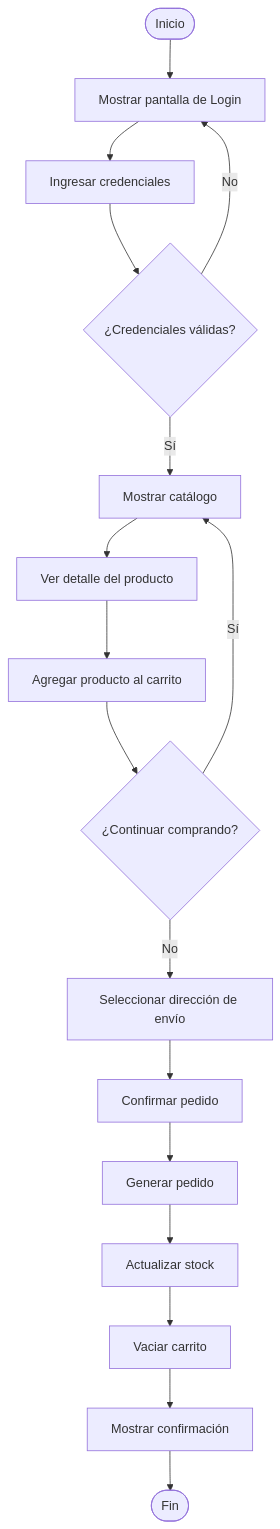
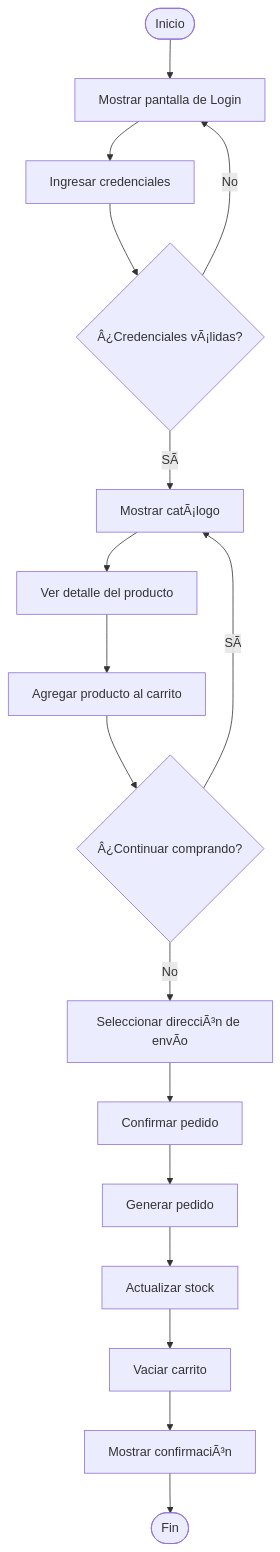
Before and after one commit to facusoster/FinalProdWebLaravel: the diagram in docs/diagramas/24_UML_ActividadCompra.md, drawn with Mermaid. The commit also changed other lines of this file and 24 other files, not shown here.

````diff
--- a/docs/diagramas/24_UML_ActividadCompra.md
+++ b/docs/diagramas/24_UML_ActividadCompra.md
@@ -23,65 +23,65 @@
 ```mermaid
 flowchart TD
 
 Inicio([Inicio])
 
 Login[Mostrar pantalla de Login]
 
 Credenciales[Ingresar credenciales]
 
-Validacion{¿Credenciales válidas?}
+Validacion{Â¿Credenciales vÃ¡lidas?}
 
-Catalogo[Mostrar catálogo]
+Catalogo[Mostrar catÃ¡logo]
 
 Detalle[Ver detalle del producto]
 
 Agregar[Agregar producto al carrito]
 
-Continuar{¿Continuar comprando?}
+Continuar{Â¿Continuar comprando?}
 
-Direccion[Seleccionar dirección de envío]
+Direccion[Seleccionar direcciÃ³n de envÃ­o]
 
 Confirmar[Confirmar pedido]
 
 Procesar[Generar pedido]
 
 Actualizar[Actualizar stock]
 
 Vaciar[Vaciar carrito]
 
-Exito[Mostrar confirmación]
+Exito[Mostrar confirmaciÃ³n]
 
 Fin([Fin])
 
 Inicio --> Login
 
 Login --> Credenciales
 
 Credenciales --> Validacion
 
 Validacion -- No --> Login
 
-Validacion -- Sí --> Catalogo
+Validacion -- SÃ­ --> Catalogo
 
 Catalogo --> Detalle
 
 Detalle --> Agregar
 
 Agregar --> Continuar
 
-Continuar -- Sí --> Catalogo
+Continuar -- SÃ­ --> Catalogo
 
 Continuar -- No --> Direccion
 
 Direccion --> Confirmar
 
 Confirmar --> Procesar
 
 Procesar --> Actualizar
 
 Actualizar --> Vaciar
 
 Vaciar --> Exito
 
 Exito --> Fin
 ```
````
